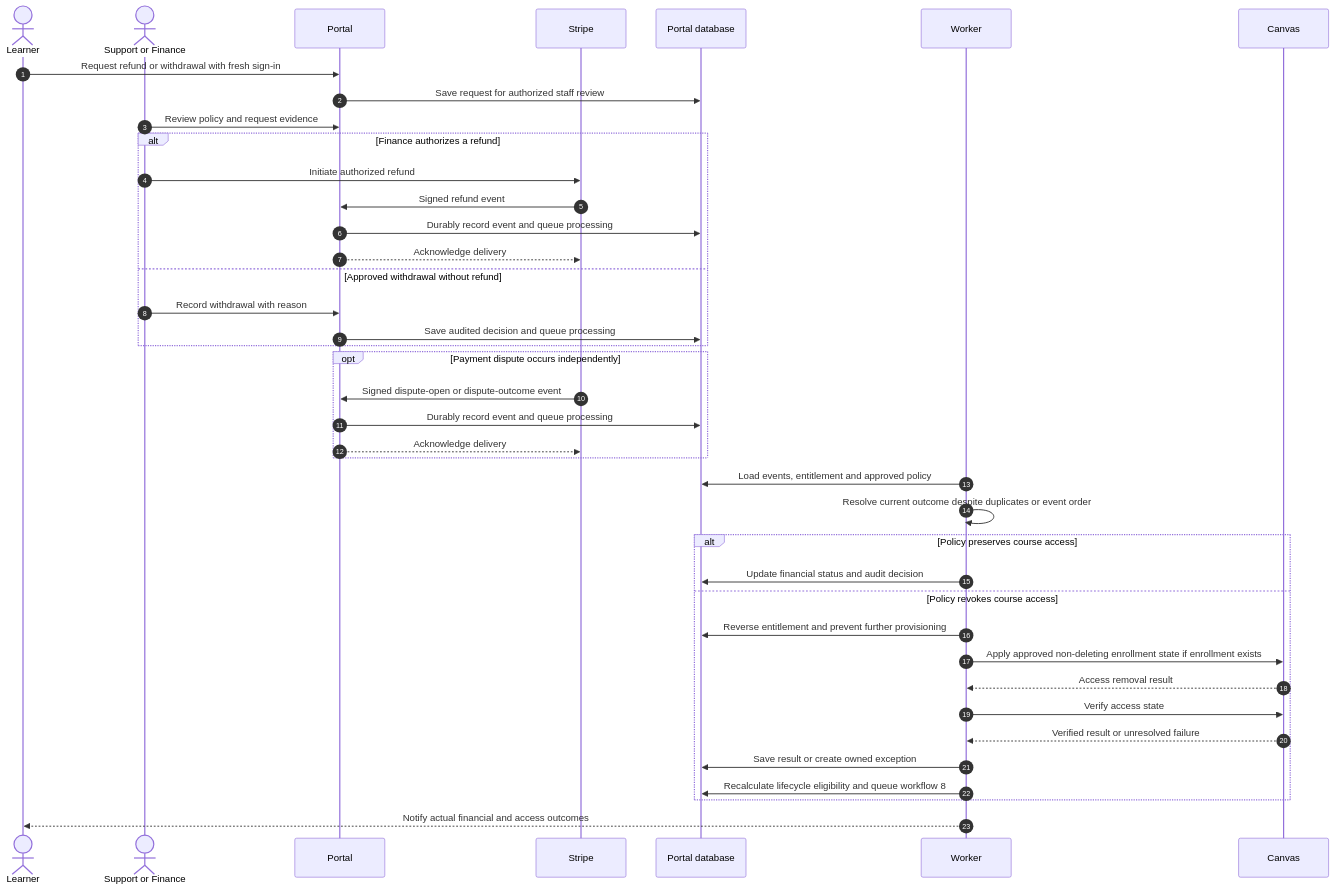
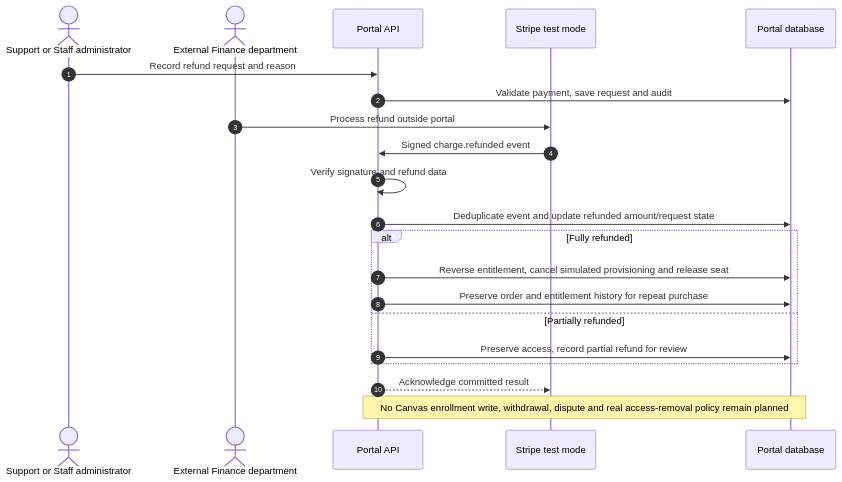
Before and after one commit to dr-grizz/Continuing-Education: the tenth of 14 diagrams in docs/implementation-plan.md, drawn with Mermaid. The commit also changed other lines of this file and 74 other files, not shown here.

First line of the commit message:
Implement Canvas OAuth course imports and offering controls

````diff
--- a/docs/implementation-plan.md
+++ b/docs/implementation-plan.md
@@ -623,42 +750,23 @@
 ```mermaid
 sequenceDiagram
     autonumber
-    actor Learner
-    actor Staff as Support or Finance
-    participant Portal
-    participant Stripe
+    actor Staff as Support or Staff administrator
+    actor Finance as External Finance department
+    participant API as Portal API
+    participant Stripe as Stripe test mode
     participant DB as Portal database
-    participant Worker
-    participant Canvas
-    Learner->>Portal: Request refund or withdrawal with fresh sign-in
-    Portal->>DB: Save request for authorized staff review
-    Staff->>Portal: Review policy and request evidence
-    alt Finance authorizes a refund
-        Staff->>Stripe: Initiate authorized refund
-        Stripe->>Portal: Signed refund event
-        Portal->>DB: Durably record event and queue processing
-        Portal-->>Stripe: Acknowledge delivery
-    else Approved withdrawal without refund
-        Staff->>Portal: Record withdrawal with reason
-        Portal->>DB: Save audited decision and queue processing
+    Staff->>API: Record refund request and reason
+    API->>DB: Validate payment, save request and audit
+    Finance->>Stripe: Process refund outside portal
+    Stripe->>API: Signed charge.refunded event
+    API->>API: Verify signature and refund data
+    API->>DB: Deduplicate event and update refunded amount/request state
+    alt Fully refunded
+        API->>DB: Reverse entitlement, cancel simulated provisioning and release seat
+        API->>DB: Preserve order and entitlement history for repeat purchase
+    else Partially refunded
+        API->>DB: Preserve access, record partial refund for review
     end
-    opt Payment dispute occurs independently
-        Stripe->>Portal: Signed dispute-open or dispute-outcome event
-        Portal->>DB: Durably record event and queue processing
-        Portal-->>Stripe: Acknowledge delivery
-    end
-    Worker->>DB: Load events, entitlement and approved policy
-    Worker->>Worker: Resolve current outcome despite duplicates or event order
-    alt Policy preserves course access
-        Worker->>DB: Update financial status and audit decision
-    else Policy revokes course access
-        Worker->>DB: Reverse entitlement and prevent further provisioning
-        Worker->>Canvas: Apply approved non-deleting enrollment state if enrollment exists
-        Canvas-->>Worker: Access removal result
-        Worker->>Canvas: Verify access state
-        Canvas-->>Worker: Verified result or unresolved failure
-        Worker->>DB: Save result or create owned exception
-        Worker->>DB: Recalculate lifecycle eligibility and queue workflow 8
-    end
-    Worker-->>Learner: Notify actual financial and access outcomes
+    API-->>Stripe: Acknowledge committed result
+    Note over API,DB: No Canvas enrollment write, withdrawal, dispute and real access-removal policy remain planned
 ```
````
